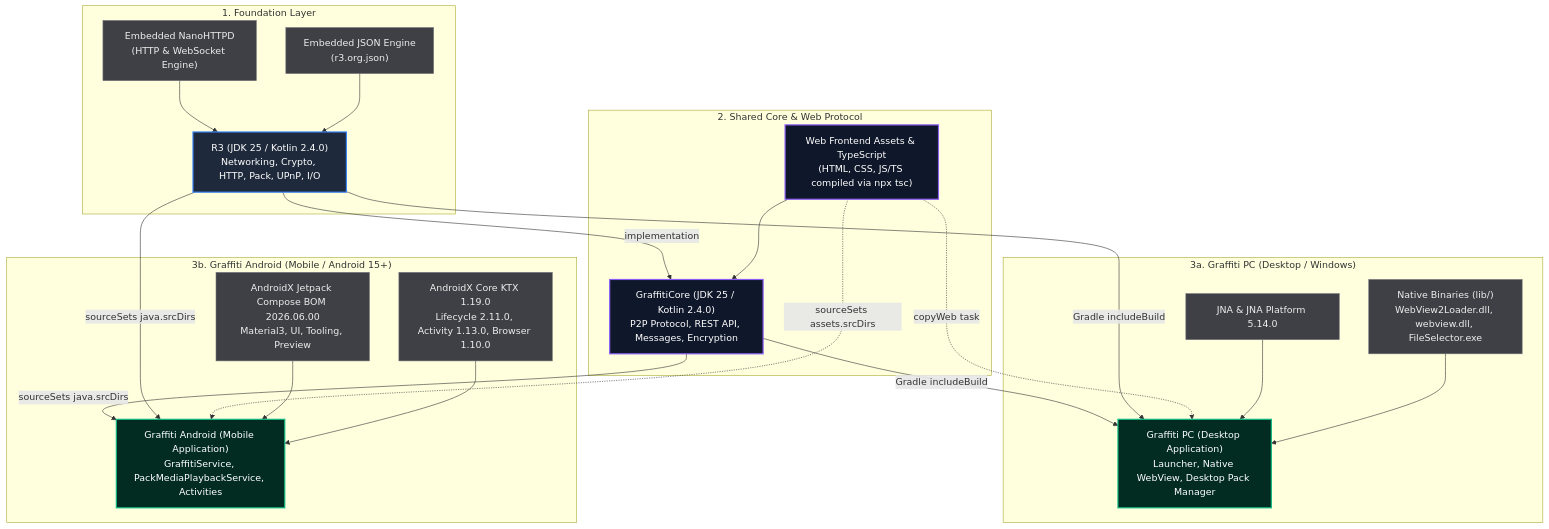
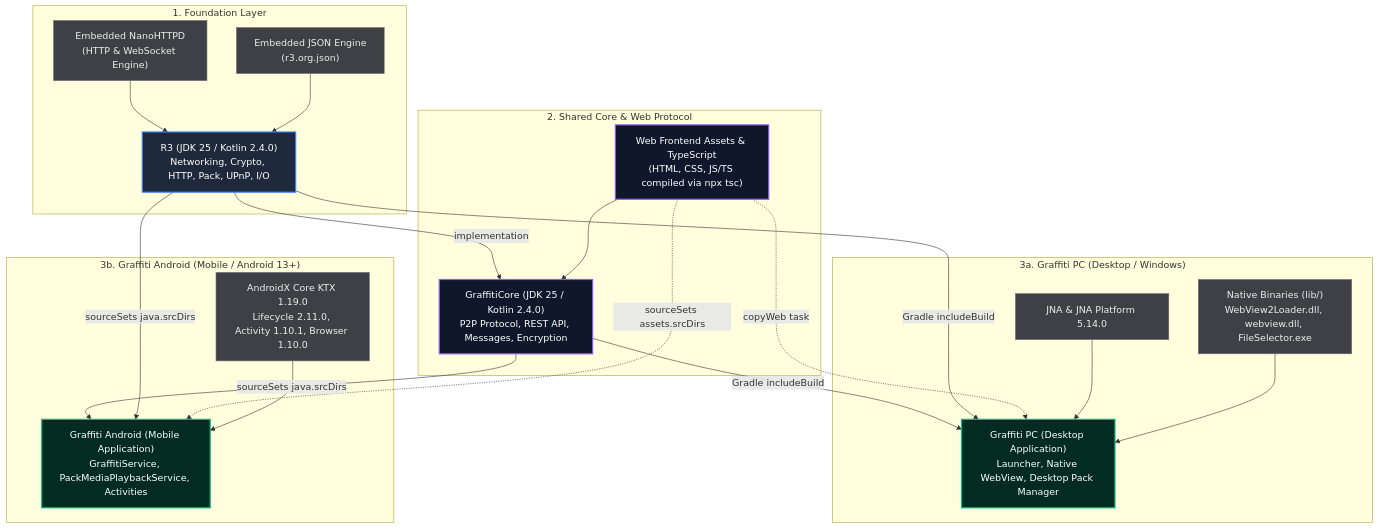
One commit to res0nance-x/Graffiti-Android changed the diagram in README.md. Above: the diagram before and after it, drawn with Mermaid. The commit also changed other lines of this file and 3 other files, not shown here.

````diff
--- a/README.md
+++ b/README.md
@@ -42,46 +42,44 @@
 ```mermaid
 graph TD
     classDef foundation fill:#1e293b,stroke:#3b82f6,stroke-width:2px,color:#fff;
     classDef core fill:#0f172a,stroke:#8b5cf6,stroke-width:2px,color:#fff;
     classDef app fill:#022c22,stroke:#10b981,stroke-width:2px,color:#fff;
     classDef ext fill:#3f3f46,stroke:#71717a,stroke-width:1px,color:#eee;
 
     subgraph FoundationLayer ["1. Foundation Layer"]
         R3["R3 (JDK 25 / Kotlin 2.4.0)<br/>Networking, Crypto, HTTP, Pack, UPnP, I/O"]:::foundation
         NanoHTTPD["Embedded NanoHTTPD<br/>(HTTP & WebSocket Engine)"]:::ext
         R3JSON["Embedded JSON Engine<br/>(r3.org.json)"]:::ext
         NanoHTTPD --> R3
         R3JSON --> R3
     end
 
     subgraph CoreLayer ["2. Shared Core & Web Protocol"]
         GraffitiCore["GraffitiCore (JDK 25 / Kotlin 2.4.0)<br/>P2P Protocol, REST API, Messages, Encryption"]:::core
         WebAssets["Web Frontend Assets & TypeScript<br/>(HTML, CSS, JS/TS compiled via npx tsc)"]:::core
         R3 -->|implementation| GraffitiCore
         WebAssets --> GraffitiCore
     end
 
     subgraph PCApp ["3a. Graffiti PC (Desktop / Windows)"]
         GraffitiPC["Graffiti PC (Desktop Application)<br/>Launcher, Native WebView, Desktop Pack Manager"]:::app
         JNA["JNA & JNA Platform 5.14.0"]:::ext
         NativeBin["Native Binaries (lib/)<br/>WebView2Loader.dll, webview.dll, FileSelector.exe"]:::ext
         
         GraffitiCore -->|Gradle includeBuild| GraffitiPC
         R3 -->|Gradle includeBuild| GraffitiPC
         WebAssets -.->|copyWeb task| GraffitiPC
         JNA --> GraffitiPC
         NativeBin --> GraffitiPC
     end
 
-    subgraph AndroidApp ["3b. Graffiti Android (Mobile / Android 15+)"]
+    subgraph AndroidApp ["3b. Graffiti Android (Mobile / Android 13+)"]
         GraffitiAndroid["Graffiti Android (Mobile Application)<br/>GraffitiService, PackMediaPlaybackService, Activities"]:::app
-        JetpackCompose["AndroidX Jetpack Compose BOM 2026.06.00<br/>Material3, UI, Tooling, Preview"]:::ext
-        AndroidX["AndroidX Core KTX 1.19.0<br/>Lifecycle 2.11.0, Activity 1.13.0, Browser 1.10.0"]:::ext
+        AndroidX["AndroidX Core KTX 1.19.0<br/>Lifecycle 2.11.0, Activity 1.10.1, Browser 1.10.0"]:::ext
         
         GraffitiCore -->|sourceSets java.srcDirs| GraffitiAndroid
         R3 -->|sourceSets java.srcDirs| GraffitiAndroid
         WebAssets -.->|sourceSets assets.srcDirs| GraffitiAndroid
-        JetpackCompose --> GraffitiAndroid
         AndroidX --> GraffitiAndroid
     end
 ```
````
